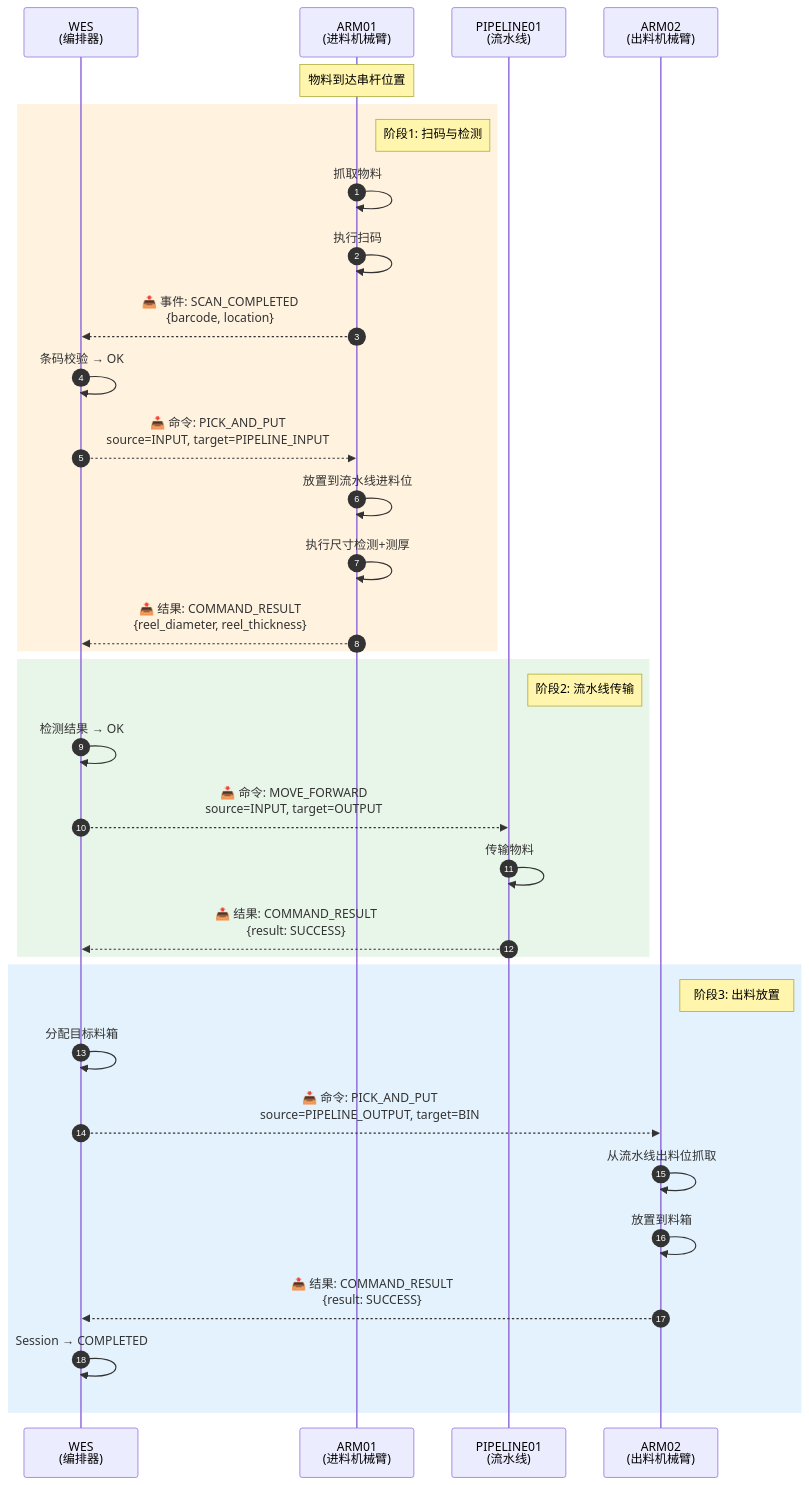
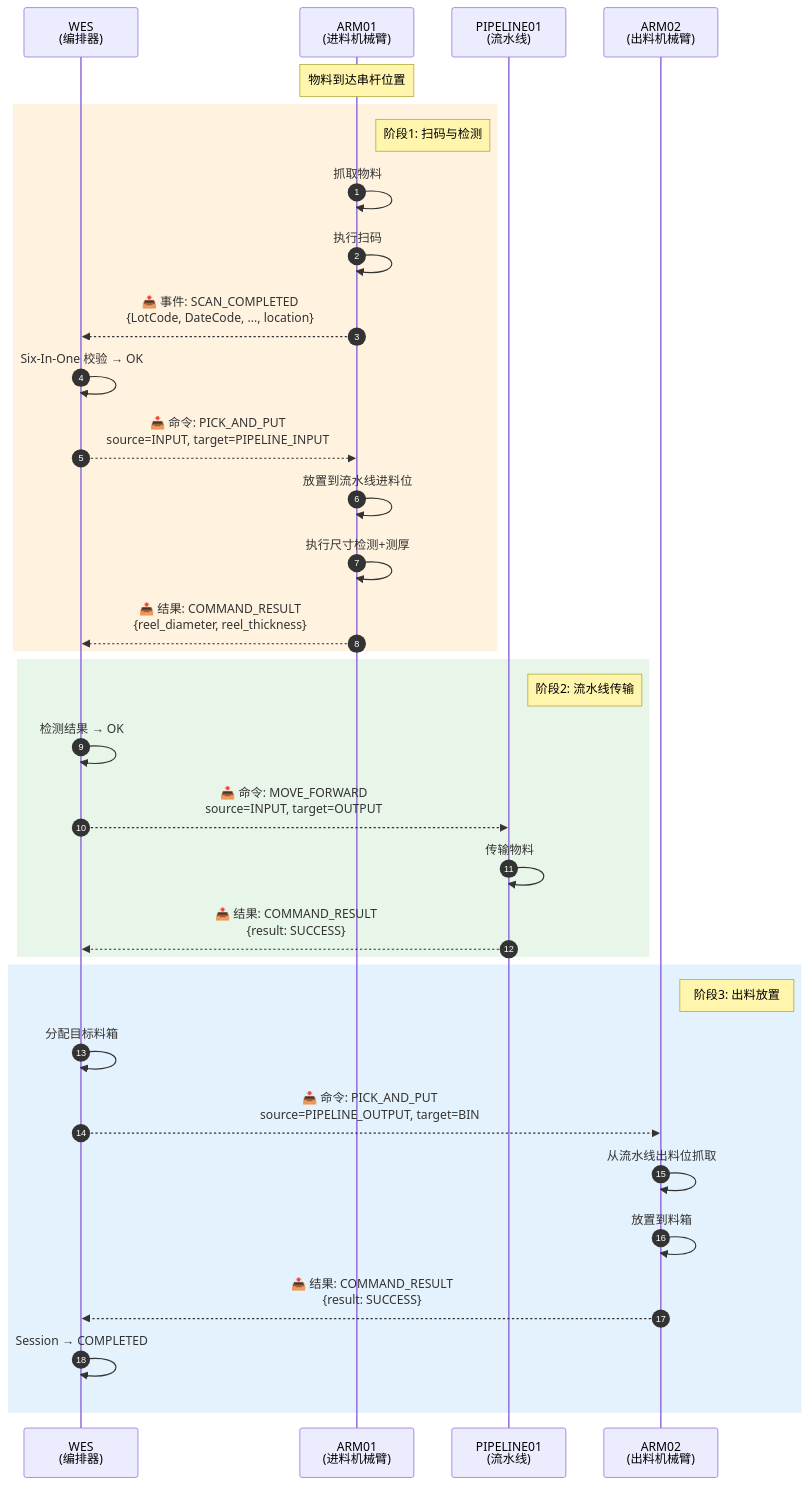
The second of 8 diagrams in docs/hardware/workline_topology_overview.md (kaizhoumasha/wes_backend), drawn with Mermaid before and after one commit. The commit also changed other lines of this file and 8 other files, not shown here.

Commit message:
docs(workline,hardware): 同步协议文档到 code 与 Six-In-One

````diff
--- a/docs/hardware/workline_topology_overview.md
+++ b/docs/hardware/workline_topology_overview.md
@@ -120,40 +120,40 @@
 ```mermaid
 sequenceDiagram
     autonumber
     participant WES as WES<br/>(编排器)
     participant ARM01 as ARM01<br/>(进料机械臂)
     participant PIPE as PIPELINE01<br/>(流水线)
     participant ARM02 as ARM02<br/>(出料机械臂)
 
     Note over ARM01: 物料到达串杆位置
 
     rect rgb(255, 243, 224)
         Note right of ARM01: 阶段1: 扫码与检测
         ARM01->>ARM01: 抓取物料
         ARM01->>ARM01: 执行扫码
-        ARM01-->>WES: 📤 事件: SCAN_COMPLETED<br/>{barcode, location}
-        WES->>WES: 条码校验 → OK
+        ARM01-->>WES: 📤 事件: SCAN_COMPLETED<br/>{LotCode, DateCode, ..., location}
+        WES->>WES: Six-In-One 校验 → OK
         WES-->>ARM01: 📥 命令: PICK_AND_PUT<br/>source=INPUT, target=PIPELINE_INPUT
         ARM01->>ARM01: 放置到流水线进料位
         ARM01->>ARM01: 执行尺寸检测+测厚
         ARM01-->>WES: 📤 结果: COMMAND_RESULT<br/>{reel_diameter, reel_thickness}
     end
 
     rect rgb(232, 245, 233)
         Note right of PIPE: 阶段2: 流水线传输
         WES->>WES: 检测结果 → OK
         WES-->>PIPE: 📥 命令: MOVE_FORWARD<br/>source=INPUT, target=OUTPUT
         PIPE->>PIPE: 传输物料
         PIPE-->>WES: 📤 结果: COMMAND_RESULT<br/>{result: SUCCESS}
     end
 
     rect rgb(227, 242, 253)
         Note right of ARM02: 阶段3: 出料放置
         WES->>WES: 分配目标料箱
         WES-->>ARM02: 📥 命令: PICK_AND_PUT<br/>source=PIPELINE_OUTPUT, target=BIN
         ARM02->>ARM02: 从流水线出料位抓取
         ARM02->>ARM02: 放置到料箱
         ARM02-->>WES: 📤 结果: COMMAND_RESULT<br/>{result: SUCCESS}
         WES->>WES: Session → COMPLETED
     end
 ```
````
